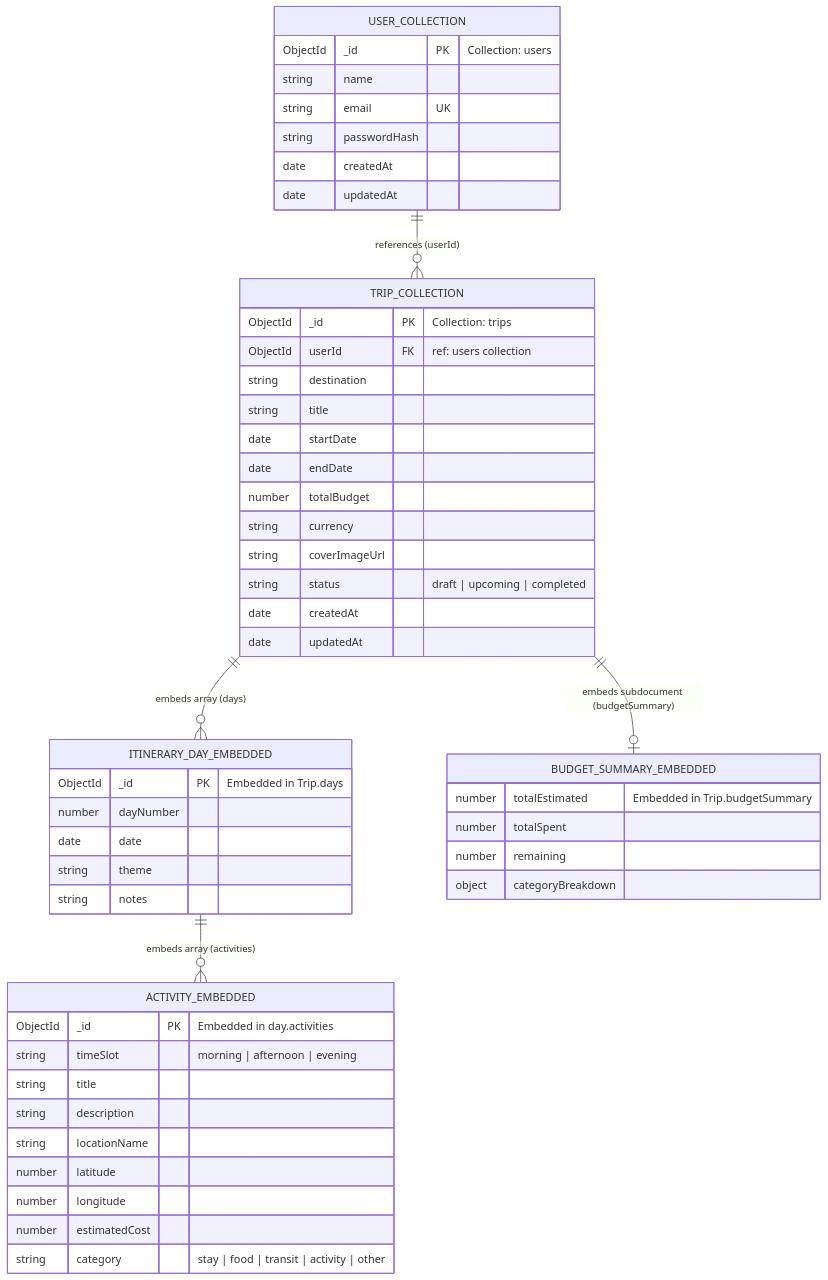
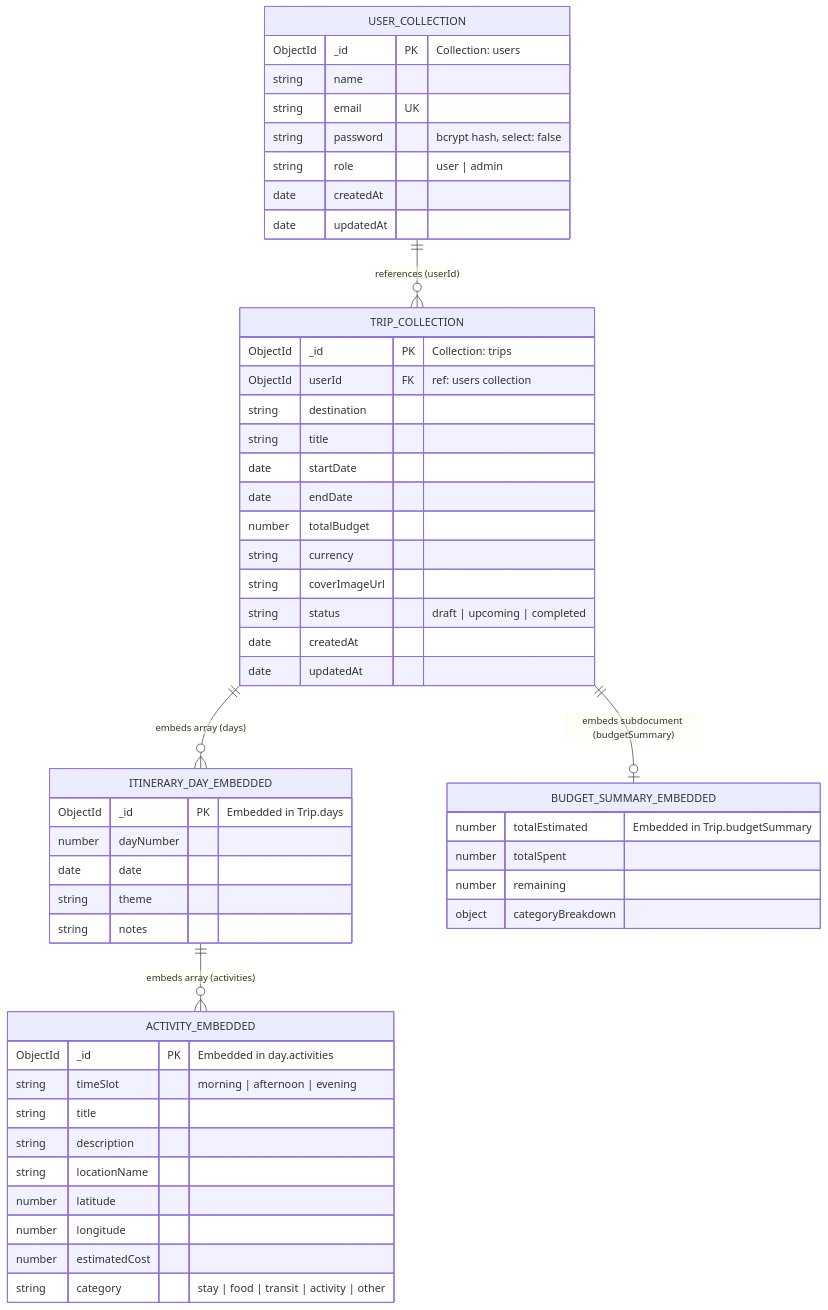
One commit to abhijeet5423/TripMind changed the third of 3 diagrams in ARCHITECTURE.md. Above: the diagram before and after it, drawn with Mermaid. The commit also changed other lines of this file and 35 other files, not shown here.

````diff
--- a/ARCHITECTURE.md
+++ b/ARCHITECTURE.md
@@ -185,58 +192,59 @@
 ```mermaid
 erDiagram
     USER_COLLECTION ||--o{ TRIP_COLLECTION : "references (userId)"
     TRIP_COLLECTION ||--o{ ITINERARY_DAY_EMBEDDED : "embeds array (days)"
     ITINERARY_DAY_EMBEDDED ||--o{ ACTIVITY_EMBEDDED : "embeds array (activities)"
     TRIP_COLLECTION ||--o| BUDGET_SUMMARY_EMBEDDED : "embeds subdocument (budgetSummary)"
 
     USER_COLLECTION {
         ObjectId _id PK "Collection: users"
         string name
         string email UK
-        string passwordHash
+        string password "bcrypt hash, select: false"
+        string role "user | admin"
         date createdAt
         date updatedAt
     }
 
     TRIP_COLLECTION {
         ObjectId _id PK "Collection: trips"
         ObjectId userId FK "ref: users collection"
         string destination
         string title
         date startDate
         date endDate
         number totalBudget
         string currency
         string coverImageUrl
         string status "draft | upcoming | completed"
         date createdAt
         date updatedAt
     }
 
     ITINERARY_DAY_EMBEDDED {
         ObjectId _id PK "Embedded in Trip.days"
         number dayNumber
         date date
         string theme
         string notes
     }
 
     ACTIVITY_EMBEDDED {
         ObjectId _id PK "Embedded in day.activities"
         string timeSlot "morning | afternoon | evening"
         string title
         string description
         string locationName
         number latitude
         number longitude
         number estimatedCost
         string category "stay | food | transit | activity | other"
     }
 
     BUDGET_SUMMARY_EMBEDDED {
         number totalEstimated "Embedded in Trip.budgetSummary"
         number totalSpent
         number remaining
         object categoryBreakdown
     }
 ```
````
